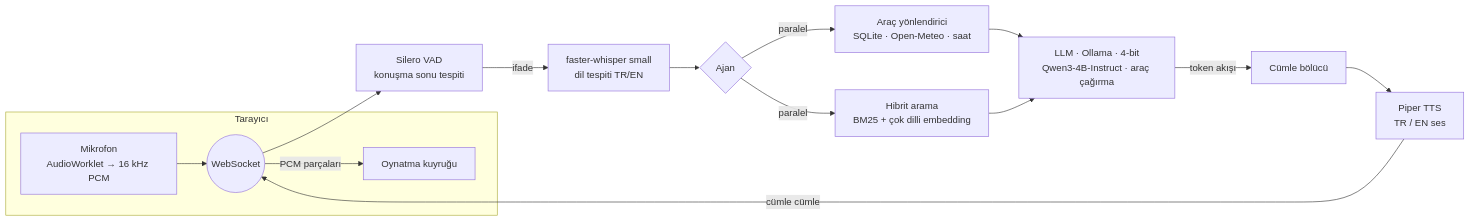
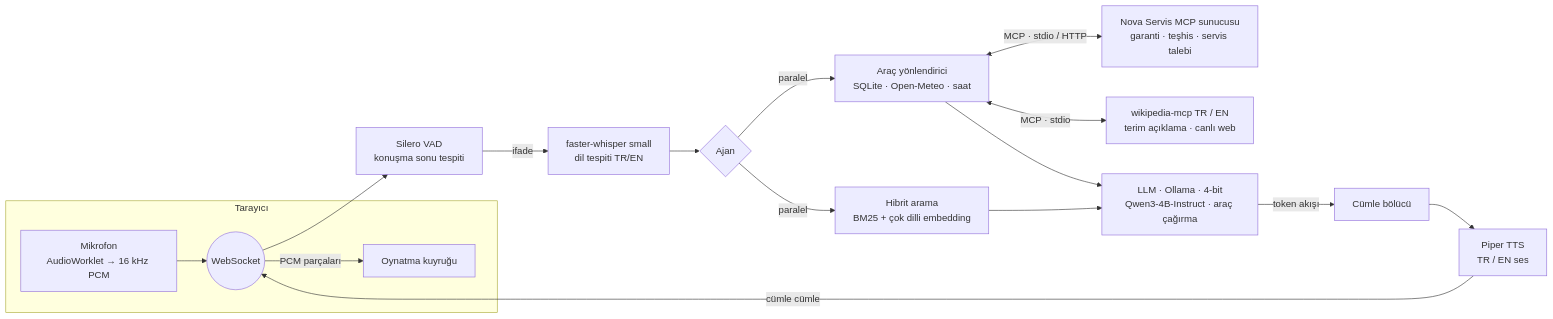
The diagram in README.md (AbdullahKarakoc/akinrobotics-nova-voice-agent), drawn with Mermaid before and after one commit. The commit also changed other lines of this file and 17 other files, not shown here.

Commit message:
Add MCP tools: Nova service server and Wikipedia term lookup

````diff
--- a/README.md
+++ b/README.md
@@ -103,17 +103,19 @@
 ```mermaid
 flowchart LR
     subgraph Tarayıcı
         MIC[Mikrofon<br/>AudioWorklet → 16 kHz PCM] --> WS
         WS -->|PCM parçaları| SPK[Oynatma kuyruğu]
     end
     WS((WebSocket)) --> VAD[Silero VAD<br/>konuşma sonu tespiti]
     VAD -->|ifade| STT[faster-whisper small<br/>dil tespiti TR/EN]
     STT --> AG{Ajan}
     AG -->|paralel| RT[Araç yönlendirici<br/>SQLite · Open-Meteo · saat]
+    RT <-->|MCP · stdio / HTTP| MCP[Nova Servis MCP sunucusu<br/>garanti · teşhis · servis talebi]
+    RT <-->|MCP · stdio| WIKI[wikipedia-mcp TR / EN<br/>terim açıklama · canlı web]
     AG -->|paralel| RAG[Hibrit arama<br/>BM25 + çok dilli embedding]
     RT --> LLM[LLM · Ollama · 4-bit<br/>Qwen3-4B-Instruct · araç çağırma]
     RAG --> LLM
     LLM -->|token akışı| SEG[Cümle bölücü]
     SEG --> TTS[Piper TTS<br/>TR / EN ses]
     TTS -->|cümle cümle| WS
 ```
````
